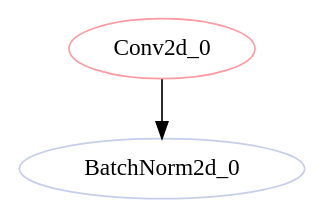
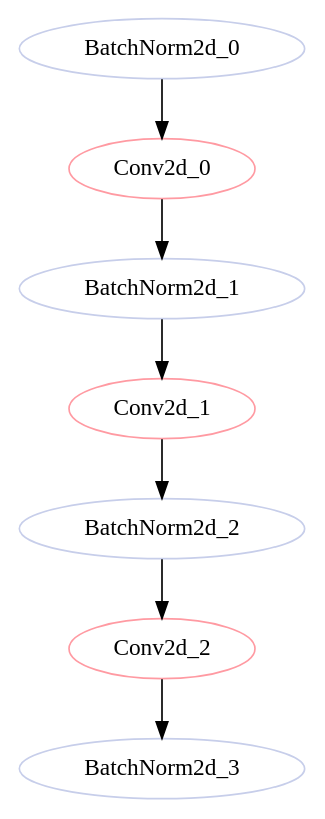
The diagram in dags/mobilenet_v2_memory_features_3_conv_0_0_op.dot (11222-Meng/DNN_Bottlen_Layer_Analysis), drawn with Graphviz before and after one commit. The commit also changed 135 other files, not shown here.

```diff
--- a/dags/mobilenet_v2_memory_features_3_conv_0_0_op.dot
+++ b/dags/mobilenet_v2_memory_features_3_conv_0_0_op.dot
@@ -1,11 +1,36 @@
 strict digraph "" {
+	BatchNorm2d_0	[color="#C7CEEA",
+		layer_name="features.2.conv.1.1",
+		params=192,
+		type=BatchNorm2d];
 	Conv2d_0	[color="#FF9AA2",
+		layer_name="features.2.conv.2",
+		params=2304,
+		type=Conv2d];
+	BatchNorm2d_0 -> Conv2d_0;
+	BatchNorm2d_1	[color="#C7CEEA",
+		layer_name="features.2.conv.3",
+		params=48,
+		type=BatchNorm2d];
+	Conv2d_0 -> BatchNorm2d_1;
+	Conv2d_1	[color="#FF9AA2",
 		layer_name="features.3.conv.0.0",
 		params=3456,
 		type=Conv2d];
-	BatchNorm2d_0	[color="#C7CEEA",
+	BatchNorm2d_1 -> Conv2d_1;
+	BatchNorm2d_2	[color="#C7CEEA",
 		layer_name="features.3.conv.0.1",
 		params=288,
 		type=BatchNorm2d];
-	Conv2d_0 -> BatchNorm2d_0;
+	Conv2d_1 -> BatchNorm2d_2;
+	Conv2d_2	[color="#FF9AA2",
+		layer_name="features.3.conv.1.0",
+		params=1296,
+		type=Conv2d];
+	BatchNorm2d_2 -> Conv2d_2;
+	BatchNorm2d_3	[color="#C7CEEA",
+		layer_name="features.3.conv.1.1",
+		params=288,
+		type=BatchNorm2d];
+	Conv2d_2 -> BatchNorm2d_3;
 }
```
